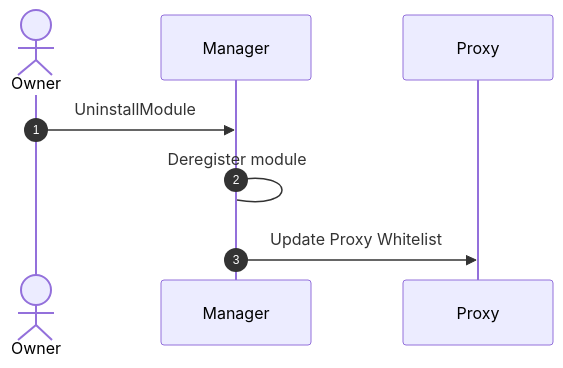
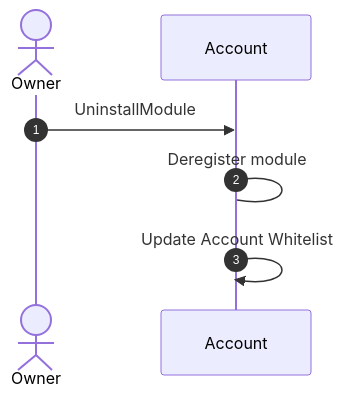
One commit to AbstractSDK/abstract changed the second of 5 diagrams in framework/docs/src/5_platform/8_modules.md. Above: the diagram before and after it, drawn with Mermaid. The commit also changed other lines of this file and 3 other files, not shown here.

````diff
--- a/framework/docs/src/5_platform/8_modules.md
+++ b/framework/docs/src/5_platform/8_modules.md
@@ -44,10 +41,9 @@
 ```mermaid
 sequenceDiagram
     autonumber
     actor U as Owner
-    participant M as Manager
-    participant P as Proxy
-    U ->> M: UninstallModule
-    M -> M: Deregister module
-    M ->> P: Update Proxy Whitelist
+    participant A as Account
+    U ->> A: UninstallModule
+    A -> A: Deregister module
+    A ->> A: Update Account Whitelist
 ```
````
